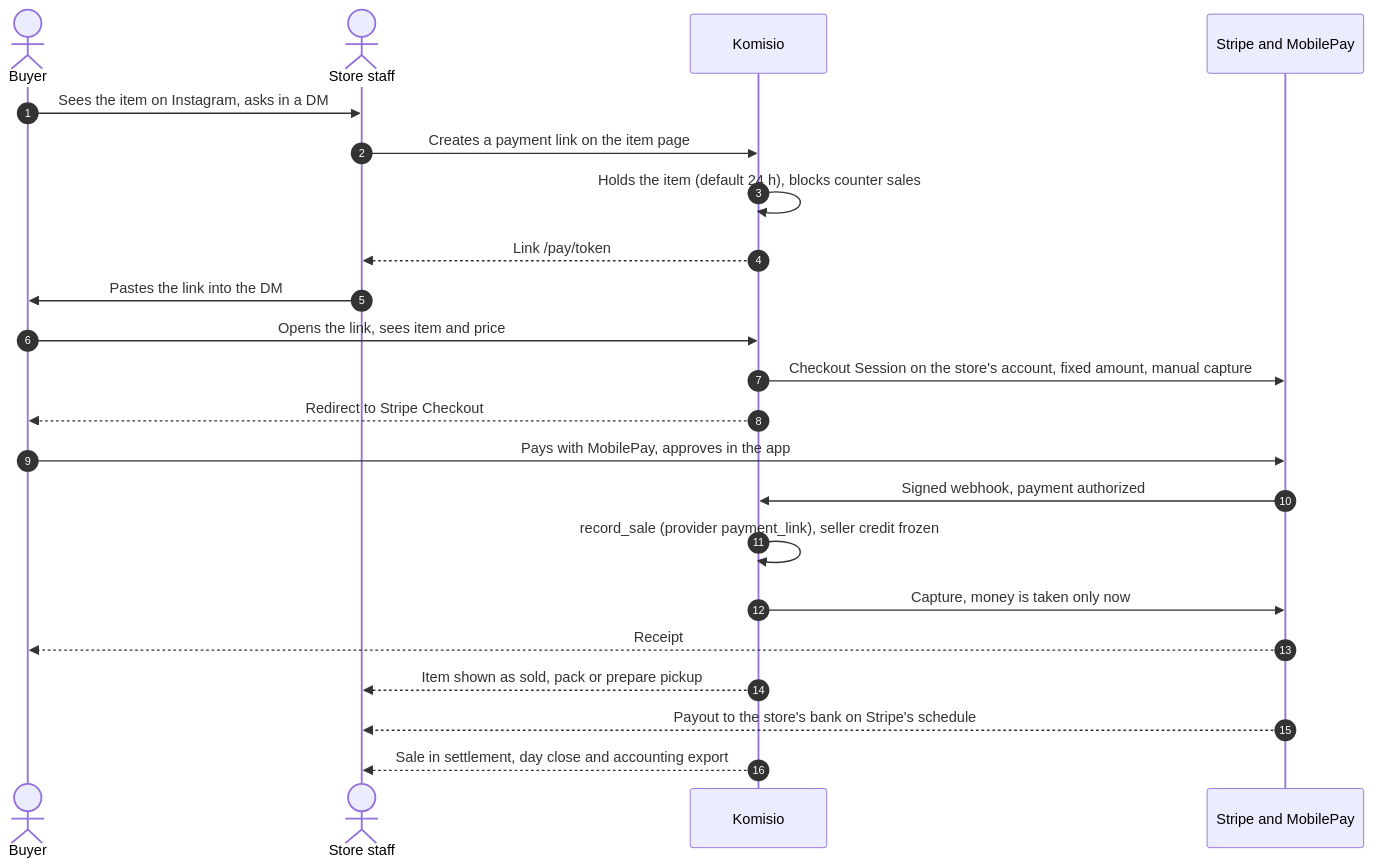
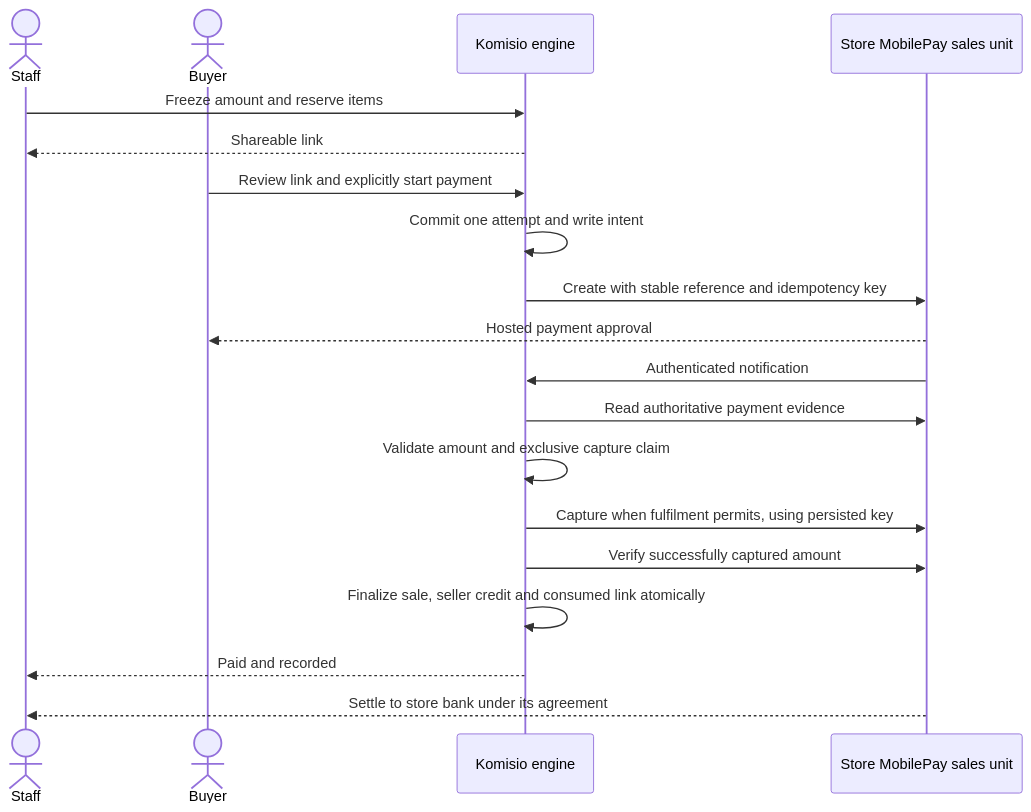
Before and after one commit to Komisio/komisio: the diagram in docs/PAYMENT-LINKS-SPIKE.md, drawn with Mermaid. The commit also changed other lines of this file and 2 other files, not shown here.

Commit message:
docs: prioritize store-owned MobilePay and verified payment finalization

````diff
--- a/docs/PAYMENT-LINKS-SPIKE.md
+++ b/docs/PAYMENT-LINKS-SPIKE.md
@@ -197,24 +210,21 @@
 ```mermaid
 sequenceDiagram
-    autonumber
+    actor Staff
     actor Buyer
-    actor Store as Store staff
-    participant K as Komisio
-    participant S as Stripe and MobilePay
-    Buyer->>Store: Sees the item on Instagram, asks in a DM
-    Store->>K: Creates a payment link on the item page
-    K->>K: Holds the item (default 24 h), blocks counter sales
-    K-->>Store: Link /pay/token
-    Store->>Buyer: Pastes the link into the DM
-    Buyer->>K: Opens the link, sees item and price
-    K->>S: Checkout Session on the store's account, fixed amount, manual capture
-    K-->>Buyer: Redirect to Stripe Checkout
-    Buyer->>S: Pays with MobilePay, approves in the app
-    S->>K: Signed webhook, payment authorized
-    K->>K: record_sale (provider payment_link), seller credit frozen
-    K->>S: Capture, money is taken only now
-    S-->>Buyer: Receipt
-    K-->>Store: Item shown as sold, pack or prepare pickup
-    S-->>Store: Payout to the store's bank on Stripe's schedule
-    K-->>Store: Sale in settlement, day close and accounting export
+    participant K as Komisio engine
+    participant P as Store MobilePay sales unit
+    Staff->>K: Freeze amount and reserve items
+    K-->>Staff: Shareable link
+    Buyer->>K: Review link and explicitly start payment
+    K->>K: Commit one attempt and write intent
+    K->>P: Create with stable reference and idempotency key
+    P-->>Buyer: Hosted payment approval
+    P->>K: Authenticated notification
+    K->>P: Read authoritative payment evidence
+    K->>K: Validate amount and exclusive capture claim
+    K->>P: Capture when fulfilment permits, using persisted key
+    K->>P: Verify successfully captured amount
+    K->>K: Finalize sale, seller credit and consumed link atomically
+    K-->>Staff: Paid and recorded
+    P-->>Staff: Settle to store bank under its agreement
 ```
````
